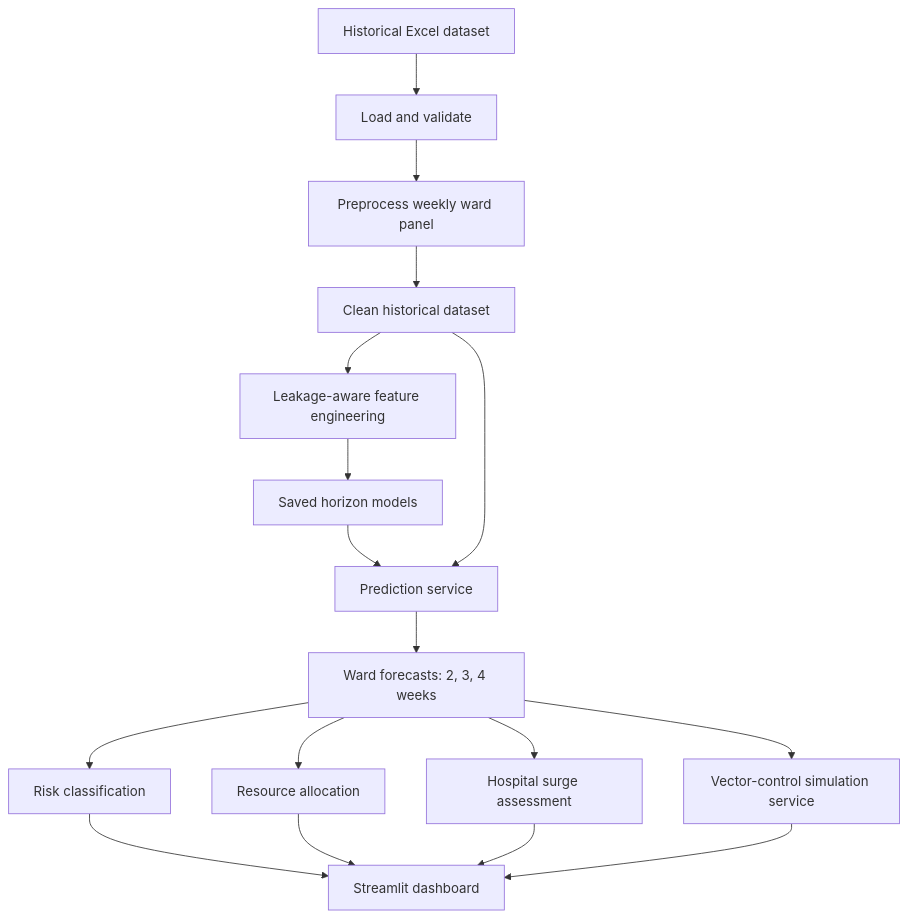
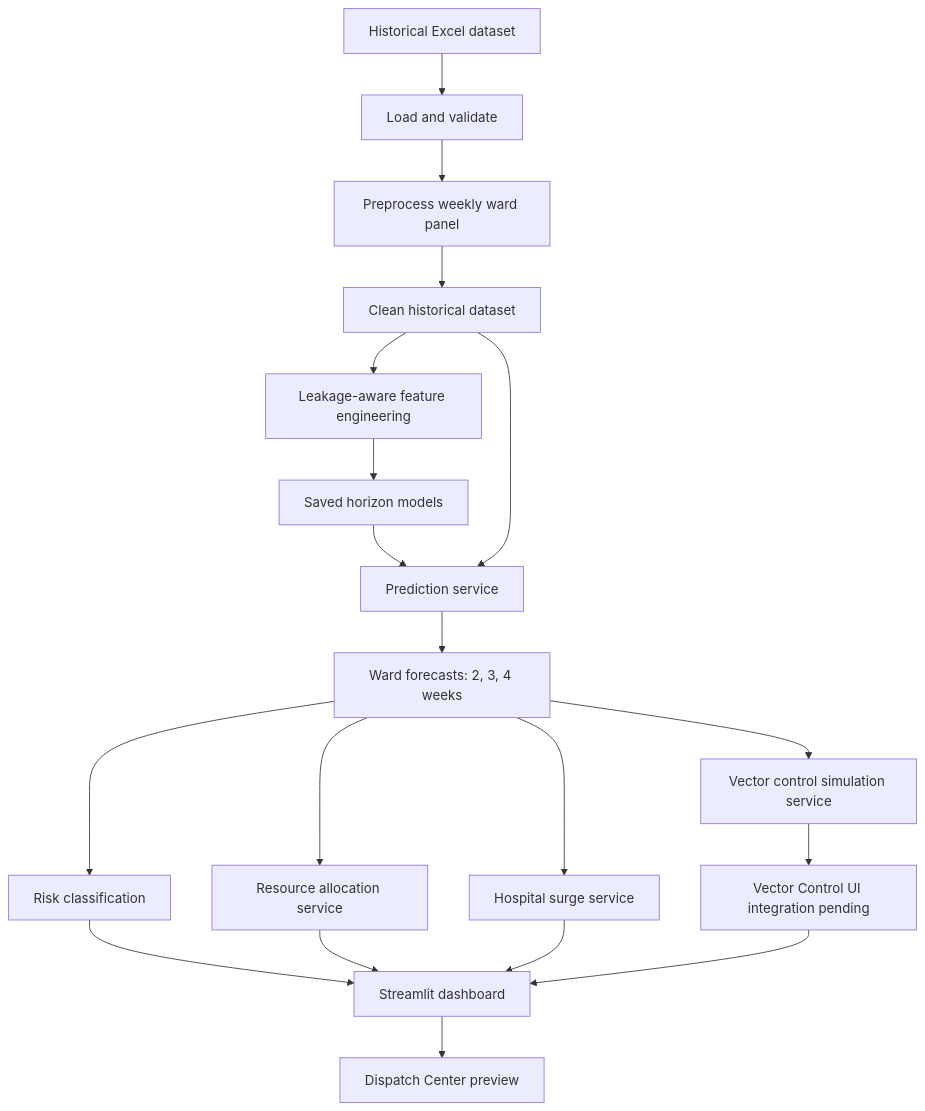
Before and after one commit to sifata68-bit/DengueGuard-AI: the diagram in ARCHITECTURE.md, drawn with Mermaid. The commit also changed other lines of this file, not shown here.

Commit message:
docs: update architecture for Phase 2 integration

````diff
--- a/ARCHITECTURE.md
+++ b/ARCHITECTURE.md
@@ -21,19 +23,21 @@
 ```mermaid
 flowchart TD
     A[Historical Excel dataset] --> B[Load and validate]
     B --> C[Preprocess weekly ward panel]
     C --> D[Clean historical dataset]
     D --> E[Leakage-aware feature engineering]
     E --> F[Saved horizon models]
     F --> G[Prediction service]
     D --> G
     G --> H[Ward forecasts: 2, 3, 4 weeks]
     H --> I[Risk classification]
     I --> J[Streamlit dashboard]
-    H --> K[Resource allocation]
-    H --> L[Hospital surge assessment]
-    H --> M[Vector-control simulation service]
+    H --> K[Resource allocation service]
+    H --> L[Hospital surge service]
+    H --> M[Vector control simulation service]
     K --> J
     L --> J
-    M --> J
+    M --> N[Vector Control UI integration pending]
+    N --> J
+    J --> O[Dispatch Center preview]
 ```
````
